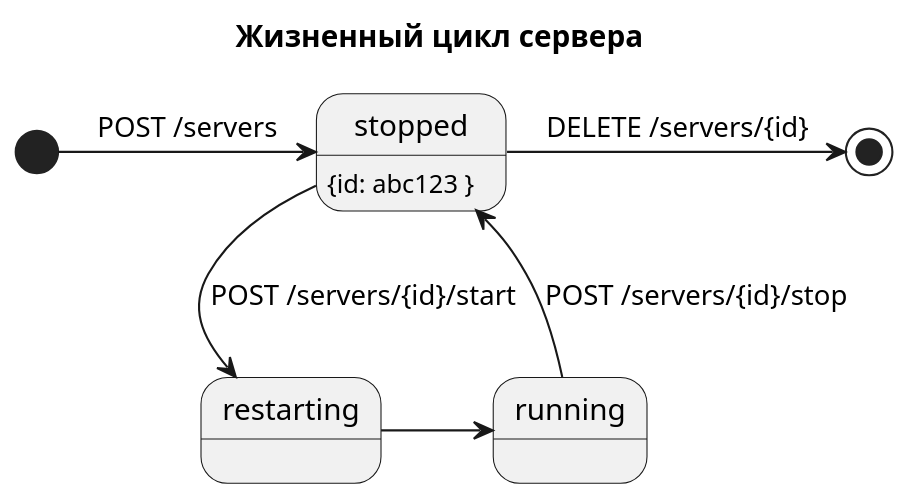
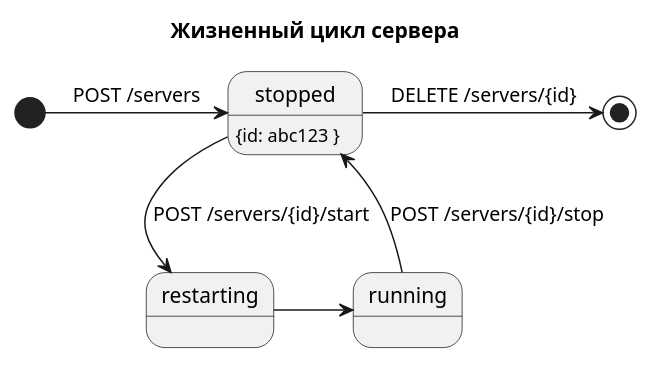
The second of 2 diagrams in docs/workflow.org (lislon/lfs-admin), drawn with PlantUML before and after one commit. The commit also changed 11 other files, not shown here.

```diff
--- a/docs/workflow.org
+++ b/docs/workflow.org
@@ -28,10 +28,9 @@
 #+BEGIN_SRC plantuml :file img/state.png
-scale 600 width
 title Жизненный цикл сервера
 stopped : {id: abc123 }
 [*] -right-> stopped : POST /servers
 stopped -down-> restarting : POST /servers/{id}/start
 restarting -right-> running
 running --> stopped: POST /servers/{id}/stop
 stopped -right-> [*]: DELETE /servers/{id}
 #+END_SRC
```
